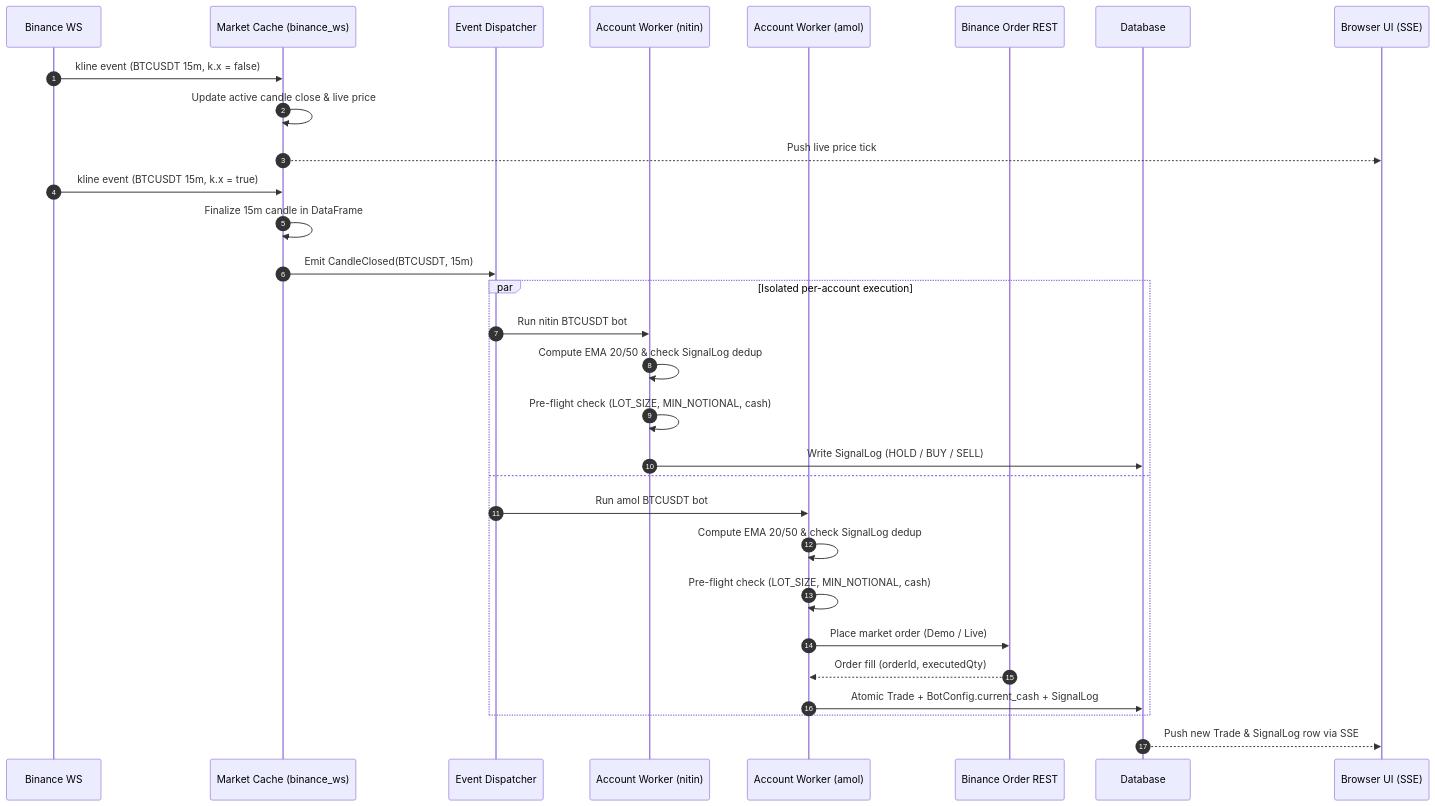
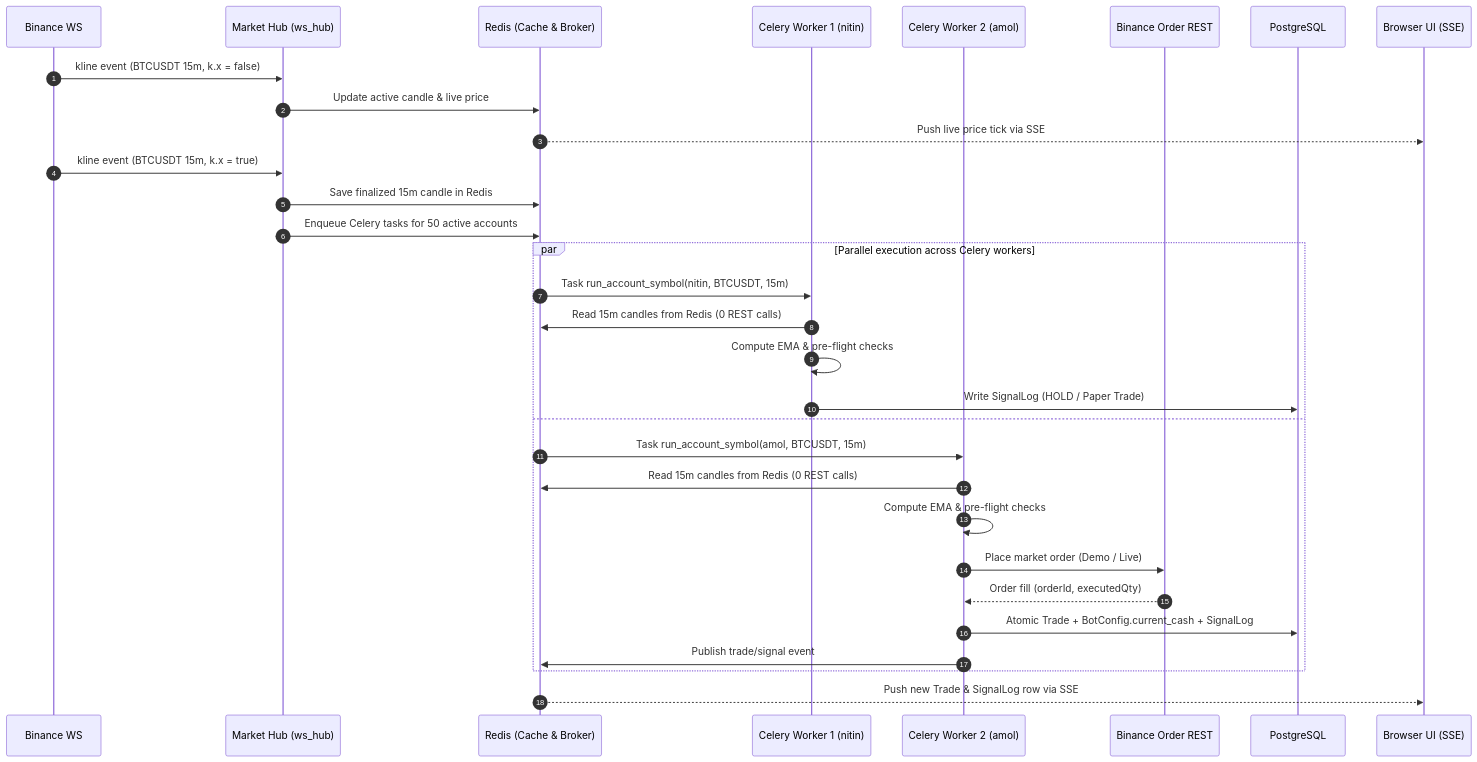
Before and after one commit to amolc/stockgame: the second of 2 diagrams in docs/optimized_architecture.md, drawn with Mermaid. The commit also changed other lines of this file and 7 other files, not shown here.

Commit message:
added proper broker accounts

````diff
--- a/docs/optimized_architecture.md
+++ b/docs/optimized_architecture.md
@@ -71,36 +80,37 @@
 ```mermaid
 sequenceDiagram
     autonumber
     participant B as Binance WS
-    participant Hub as Market Cache (binance_ws)
-    participant Disp as Event Dispatcher
-    participant W1 as Account Worker (nitin)
-    participant W2 as Account Worker (amol)
+    participant Hub as Market Hub (ws_hub)
+    participant R as Redis (Cache & Broker)
+    participant W1 as Celery Worker 1 (nitin)
+    participant W2 as Celery Worker 2 (amol)
     participant Ex as Binance Order REST
-    participant DB as Database
+    participant DB as PostgreSQL
     participant UI as Browser UI (SSE)
 
     B->>Hub: kline event (BTCUSDT 15m, k.x = false)
-    Hub->>Hub: Update active candle close & live price
-    Hub-->>UI: Push live price tick
+    Hub->>R: Update active candle & live price
+    R-->>UI: Push live price tick via SSE
 
     B->>Hub: kline event (BTCUSDT 15m, k.x = true)
-    Hub->>Hub: Finalize 15m candle in DataFrame
-    Hub->>Disp: Emit CandleClosed(BTCUSDT, 15m)
+    Hub->>R: Save finalized 15m candle in Redis
+    Hub->>R: Enqueue Celery tasks for 50 active accounts
 
-    par Isolated per-account execution
-        Disp->>W1: Run nitin BTCUSDT bot
-        W1->>W1: Compute EMA 20/50 & check SignalLog dedup
-        W1->>W1: Pre-flight check (LOT_SIZE, MIN_NOTIONAL, cash)
-        W1->>DB: Write SignalLog (HOLD / BUY / SELL)
+    par Parallel execution across Celery workers
+        R->>W1: Task run_account_symbol(nitin, BTCUSDT, 15m)
+        W1->>R: Read 15m candles from Redis (0 REST calls)
+        W1->>W1: Compute EMA & pre-flight checks
+        W1->>DB: Write SignalLog (HOLD / Paper Trade)
     and
-        Disp->>W2: Run amol BTCUSDT bot
-        W2->>W2: Compute EMA 20/50 & check SignalLog dedup
-        W2->>W2: Pre-flight check (LOT_SIZE, MIN_NOTIONAL, cash)
+        R->>W2: Task run_account_symbol(amol, BTCUSDT, 15m)
+        W2->>R: Read 15m candles from Redis (0 REST calls)
+        W2->>W2: Compute EMA & pre-flight checks
         W2->>Ex: Place market order (Demo / Live)
         Ex-->>W2: Order fill (orderId, executedQty)
         W2->>DB: Atomic Trade + BotConfig.current_cash + SignalLog
+        W2->>R: Publish trade/signal event
     end
 
-    DB-->>UI: Push new Trade & SignalLog row via SSE
+    R-->>UI: Push new Trade & SignalLog row via SSE
 ```
````
